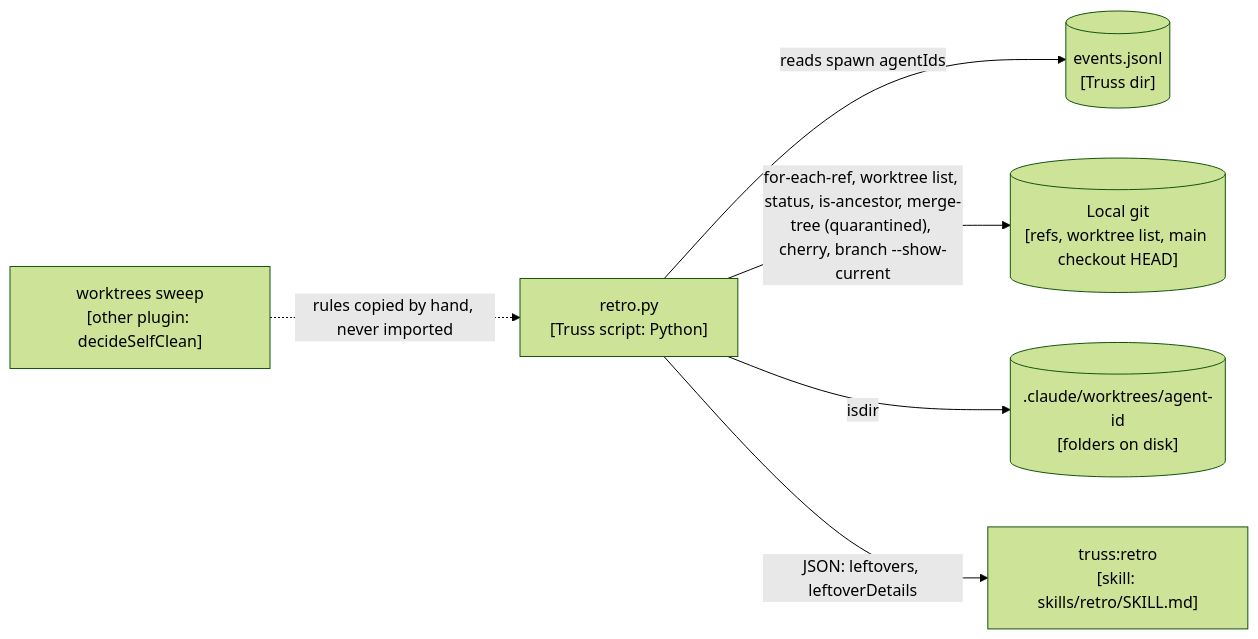
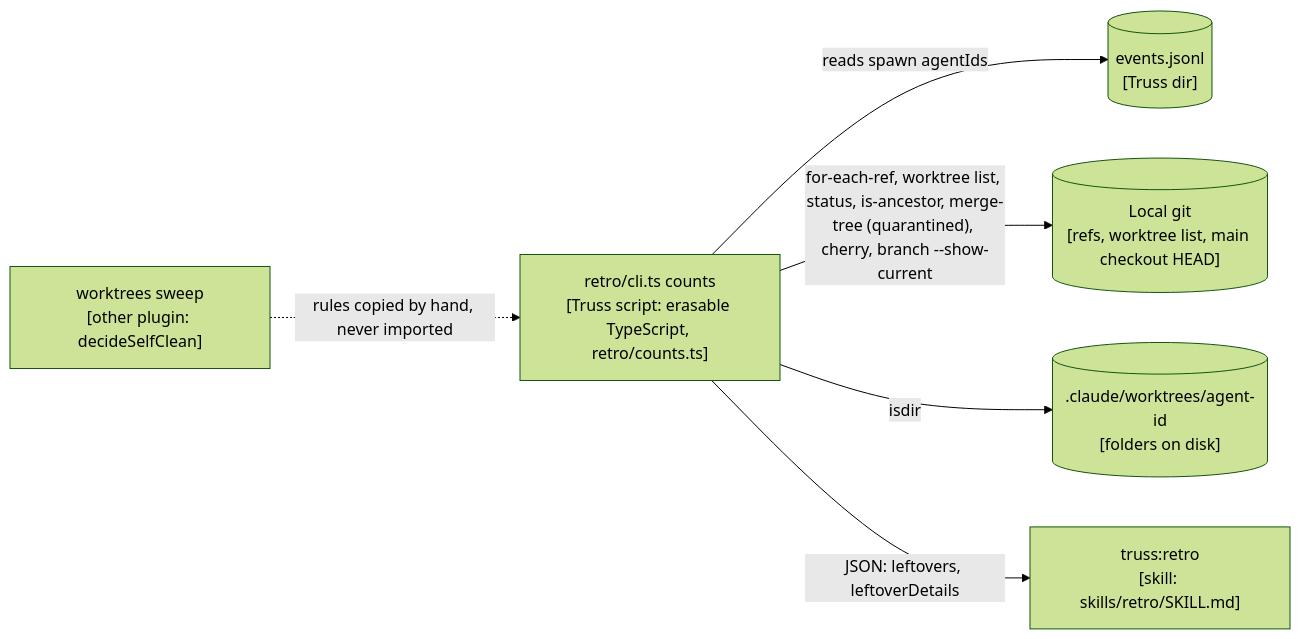
One commit to AbhiramDwivedi/truss changed diagram 16 of 23 in plugins/truss/docs/architecture.md. Above: the diagram before and after it, drawn with Mermaid (forest theme). The commit also changed other lines of this file and 34 other files, not shown here.

First line of the commit message:
feat(retro): port the retro counts to Node (retro/cli.ts counts); delete retro.py and its Python tests

````diff
--- a/plugins/truss/docs/architecture.md
+++ b/plugins/truss/docs/architecture.md
@@ -908,14 +908,14 @@
 ```mermaid
 flowchart LR
-  retro["retro.py<br/>[Truss script: Python]"]
+  retro["retro/cli.ts counts<br/>[Truss script: erasable TypeScript, retro/counts.ts]"]
   events[("events.jsonl<br/>[Truss dir]")]
   git[("Local git<br/>[refs, worktree list, main checkout HEAD]")]
   disk[(".claude/worktrees/agent-id<br/>[folders on disk]")]
   skill["truss:retro<br/>[skill: skills/retro/SKILL.md]"]
   sweep["worktrees sweep<br/>[other plugin: decideSelfClean]"]
   retro -->|"reads spawn agentIds"| events
   retro -->|"for-each-ref, worktree list, status, is-ancestor, merge-tree (quarantined), cherry, branch --show-current"| git
   retro -->|"isdir"| disk
   retro -->|"JSON: leftovers, leftoverDetails"| skill
   sweep -.->|"rules copied by hand, never imported"| retro
 ```
````
